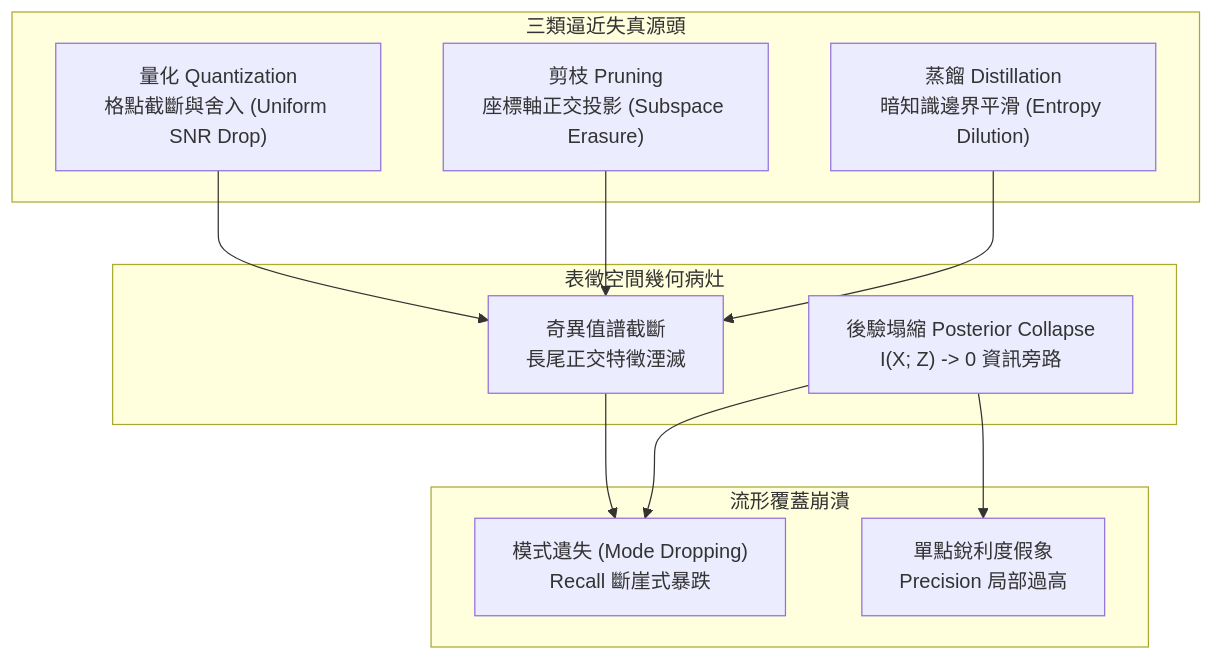
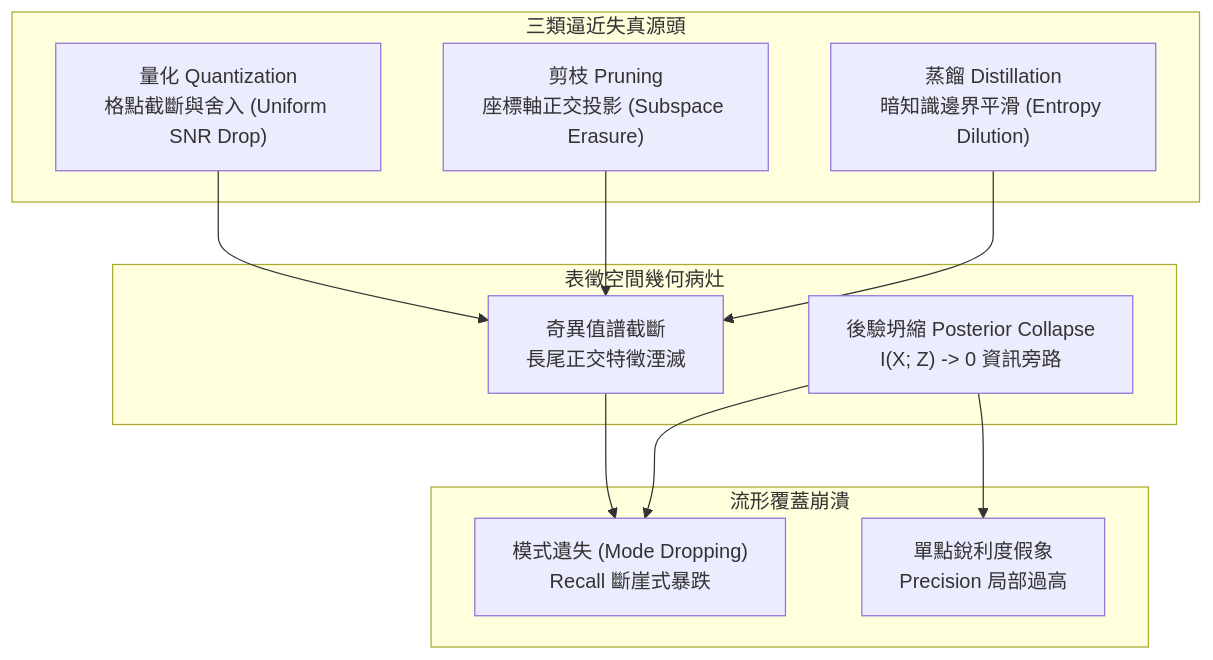
One commit to tacticaldoll/agent-distillates changed the diagram in recrystal-2026-09-13-b/geometric-distortion-and-manifold-coverage/report.zh-TW.md. Above: the diagram before and after it, drawn with Mermaid. The commit also changed other lines of this file and 6 other files, not shown here.

````diff
--- a/recrystal-2026-09-13-b/geometric-distortion-and-manifold-coverage/report.zh-TW.md
+++ b/recrystal-2026-09-13-b/geometric-distortion-and-manifold-coverage/report.zh-TW.md
@@ -26,22 +26,22 @@
 ```mermaid
 flowchart TD
     subgraph CompressionMechanisms["三類逼近失真源頭"]
         Q["量化 Quantization<br/>格點截斷與舍入 (Uniform SNR Drop)"]
         P["剪枝 Pruning<br/>座標軸正交投影 (Subspace Erasure)"]
         D["蒸餾 Distillation<br/>暗知識邊界平滑 (Entropy Dilution)"]
     end
 
     subgraph LatentDeformation["表徵空間幾何病灶"]
-        Coll["後驗塌縮 Posterior Collapse<br/>I(X; Z) -> 0 資訊旁路"]
+        Coll["後驗坍縮 Posterior Collapse<br/>I(X; Z) -> 0 資訊旁路"]
         Spec["奇異值譜截斷<br/>長尾正交特徵湮滅"]
     end
 
     subgraph ManifoldConsequences["流形覆蓋崩潰"]
         ModeLoss["模式遺失 (Mode Dropping)<br/>Recall 斷崖式暴跌"]
         HighPrec["單點銳利度假象<br/>Precision 局部過高"]
     end
 
     Q & P & D --> Spec
     Spec --> ModeLoss
     Coll --> HighPrec & ModeLoss
 ```
````
